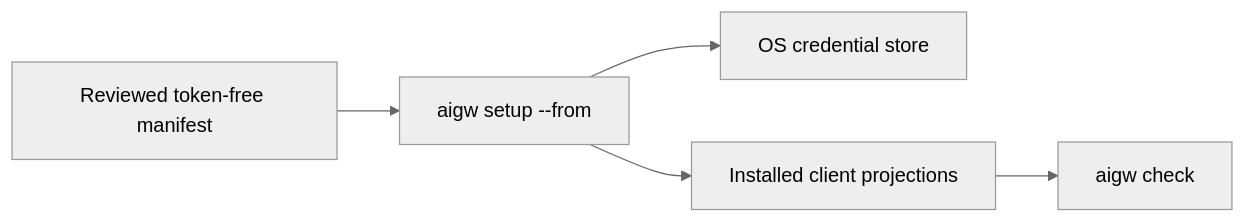
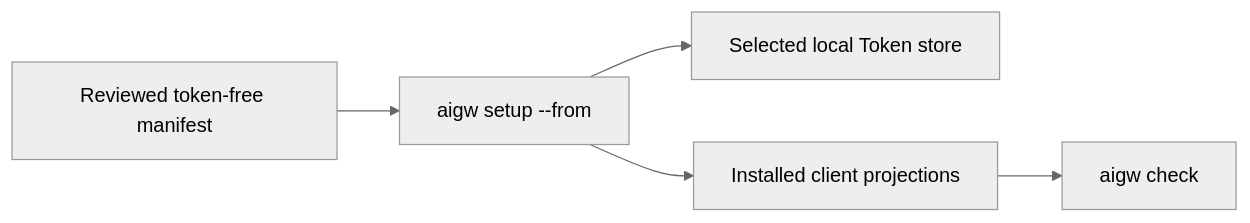
One commit to HengYangDS/aigw-cli changed the third of 3 diagrams in README.md. Above: the diagram before and after it, drawn with Mermaid (neutral theme). The commit also changed other lines of this file and 26 other files, not shown here.

````diff
--- a/README.md
+++ b/README.md
@@ -222,7 +229,7 @@
 ```mermaid
 flowchart LR
     M["Reviewed token-free manifest"] --> I["aigw setup --from"]
-    I --> K["OS credential store"]
+    I --> K["Selected local Token store"]
     I --> C["Installed client projections"]
     C --> V["aigw check"]
 ```
````
